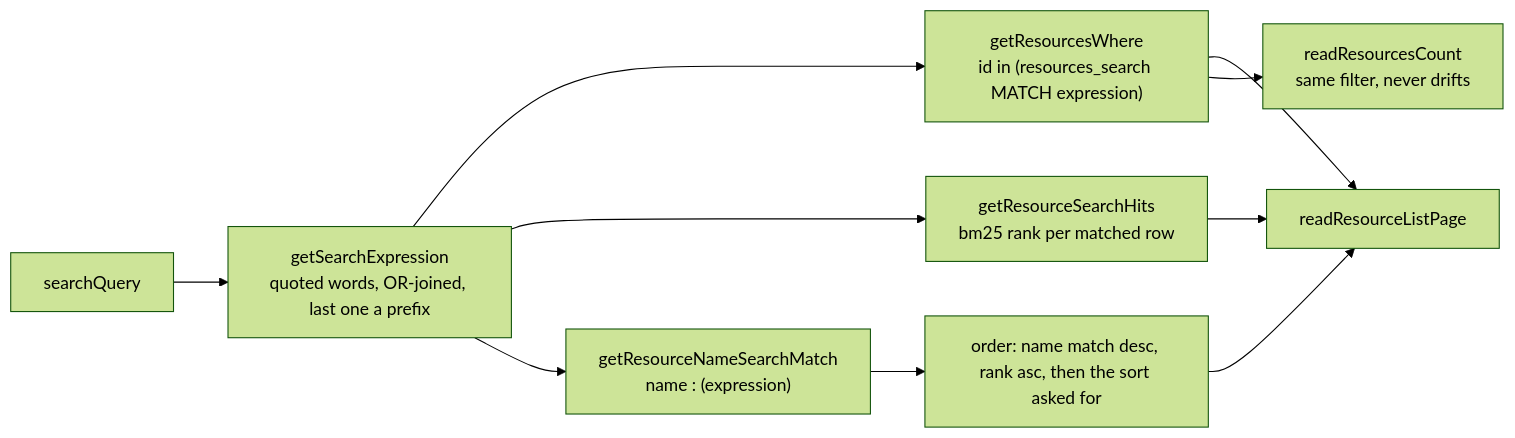
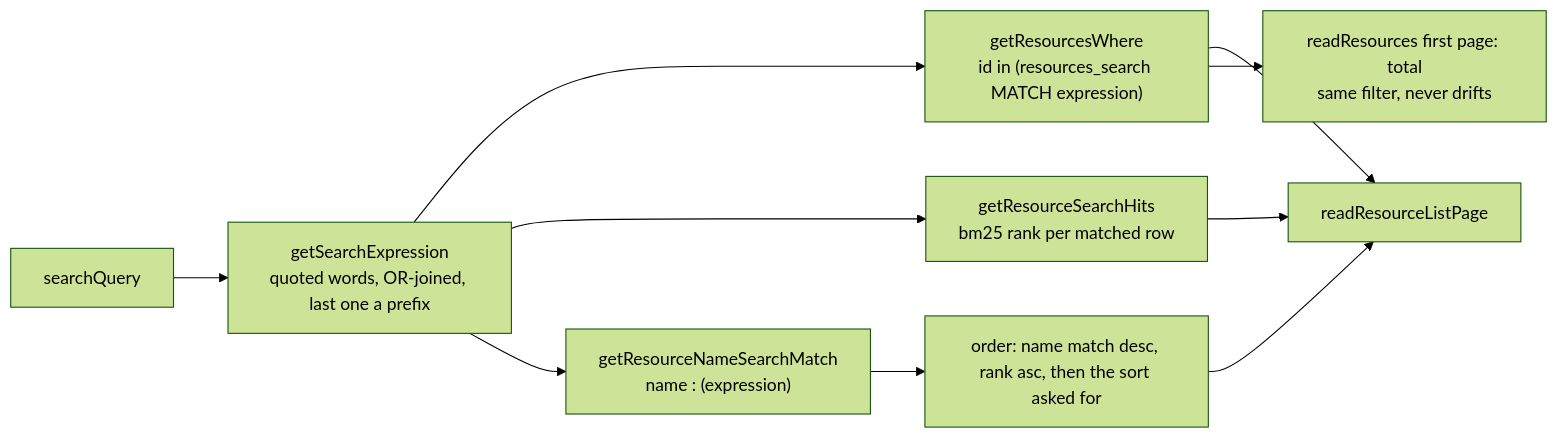
Before and after one commit to Esposter/Esposter: the diagram in openspec/specs/resource/global-search-relevance/design.md, drawn with Mermaid (forest theme). The commit also changed 63 other files, not shown here.

````diff
--- a/openspec/specs/resource/global-search-relevance/design.md
+++ b/openspec/specs/resource/global-search-relevance/design.md
@@ -11,12 +11,12 @@
 ```mermaid
 flowchart LR
   Q["searchQuery"] --> E["getSearchExpression<br/>quoted words, OR-joined, last one a prefix"]
   E --> W["getResourcesWhere<br/>id in (resources_search MATCH expression)"]
   E --> H["getResourceSearchHits<br/>bm25 rank per matched row"]
   E --> N["getResourceNameSearchMatch<br/>name : (expression)"]
   W --> P["readResourceListPage"]
   H --> P
   N --> O["order: name match desc, rank asc, then the sort asked for"]
   O --> P
-  W --> CNT["readResourcesCount<br/>same filter, never drifts"]
+  W --> CNT["readResources first page: total<br/>same filter, never drifts"]
 ```
````
